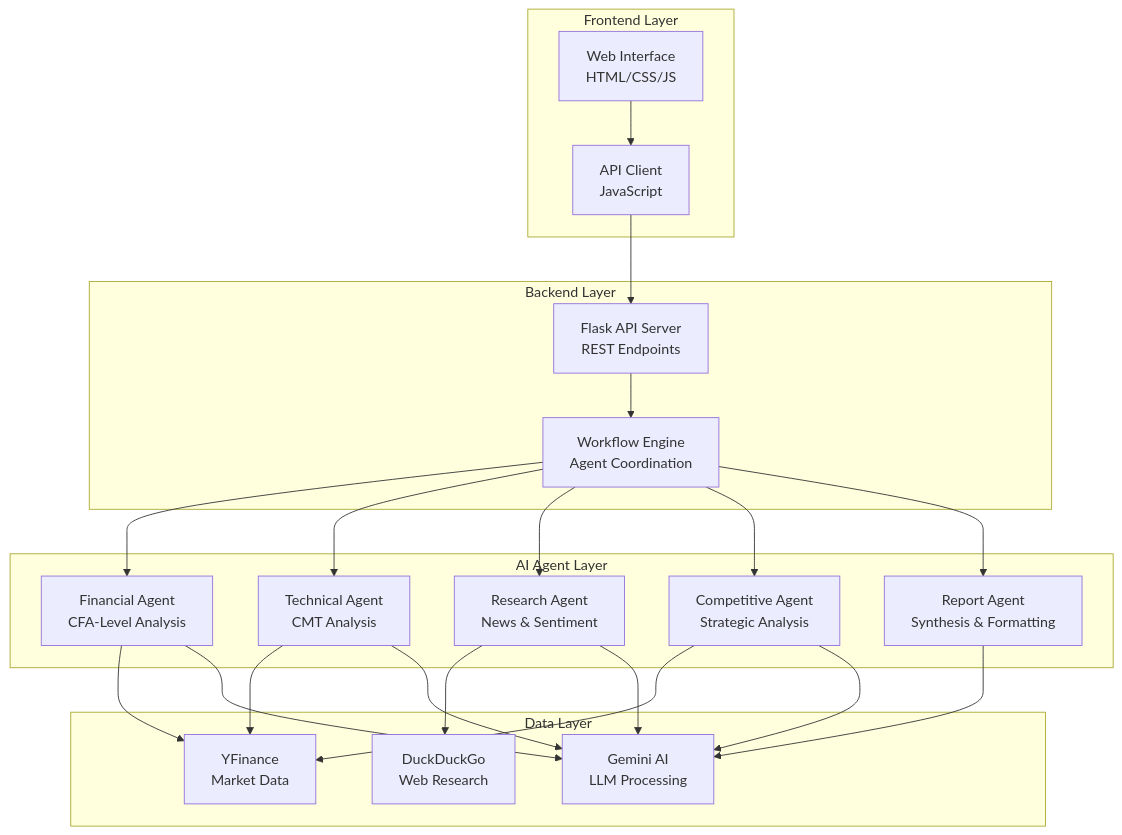
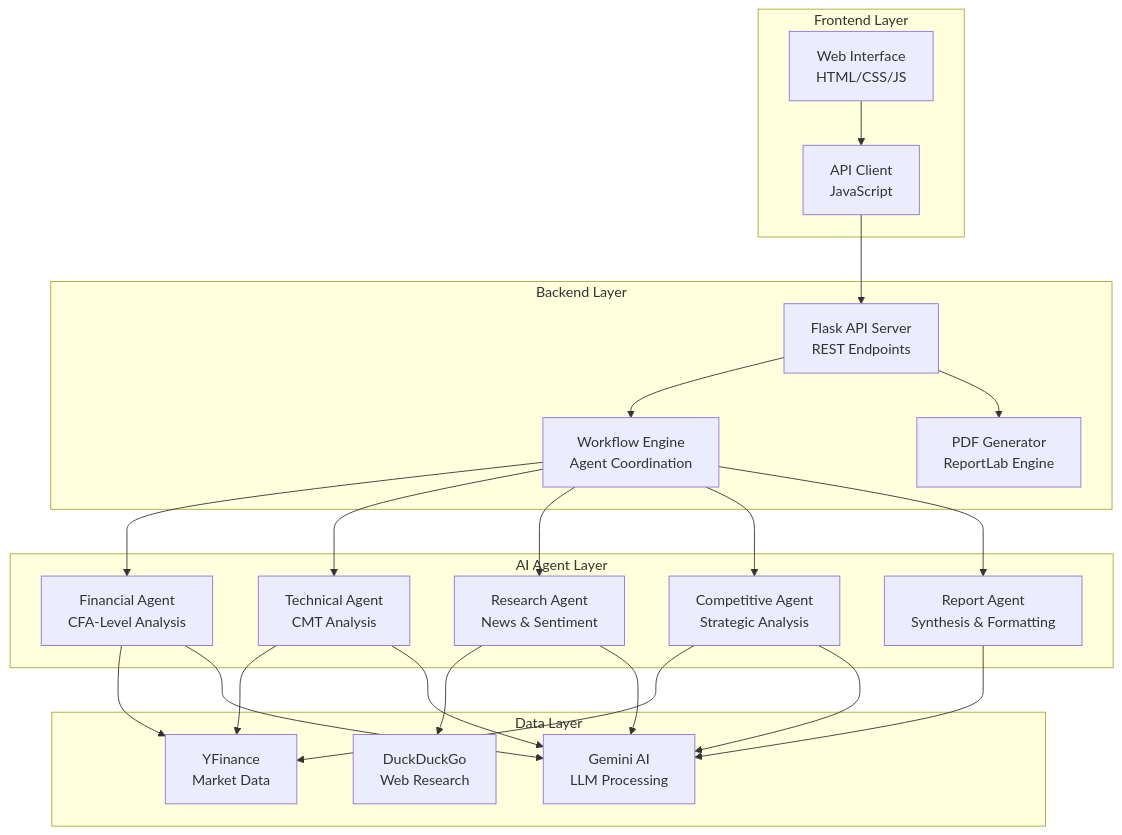
The first of 2 diagrams in Readme.md (fenil210/IntelliMarket), drawn with Mermaid before and after one commit. The commit also changed other lines of this file and 5 other files, not shown here.

Commit message:
develop: pdf report support

````diff
--- a/Readme.md
+++ b/Readme.md
@@ -82,44 +83,46 @@
 ```mermaid
 graph TB
     subgraph "Frontend Layer"
         UI[Web Interface<br/>HTML/CSS/JS]
         API_CLIENT[API Client<br/>JavaScript]
     end
   
     subgraph "Backend Layer"
         FLASK[Flask API Server<br/>REST Endpoints]
         WORKFLOWS[Workflow Engine<br/>Agent Coordination]
+        PDF[PDF Generator<br/>ReportLab Engine]
     end
   
     subgraph "AI Agent Layer"
         FA[Financial Agent<br/>CFA-Level Analysis]
         TA[Technical Agent<br/>CMT Analysis]
         RA[Research Agent<br/>News & Sentiment]
         CA[Competitive Agent<br/>Strategic Analysis]
         REP[Report Agent<br/>Synthesis & Formatting]
     end
   
     subgraph "Data Layer"
         YF[YFinance<br/>Market Data]
         DDG[DuckDuckGo<br/>Web Research]
         GEMINI[Gemini AI<br/>LLM Processing]
     end
   
     UI --> API_CLIENT
     API_CLIENT --> FLASK
     FLASK --> WORKFLOWS
+    FLASK --> PDF
     WORKFLOWS --> FA
     WORKFLOWS --> TA
     WORKFLOWS --> RA
     WORKFLOWS --> CA
     WORKFLOWS --> REP
     FA --> YF
     TA --> YF
     RA --> DDG
     CA --> YF
     REP --> GEMINI
     FA --> GEMINI
     TA --> GEMINI
     RA --> GEMINI
     CA --> GEMINI
 ```
````
